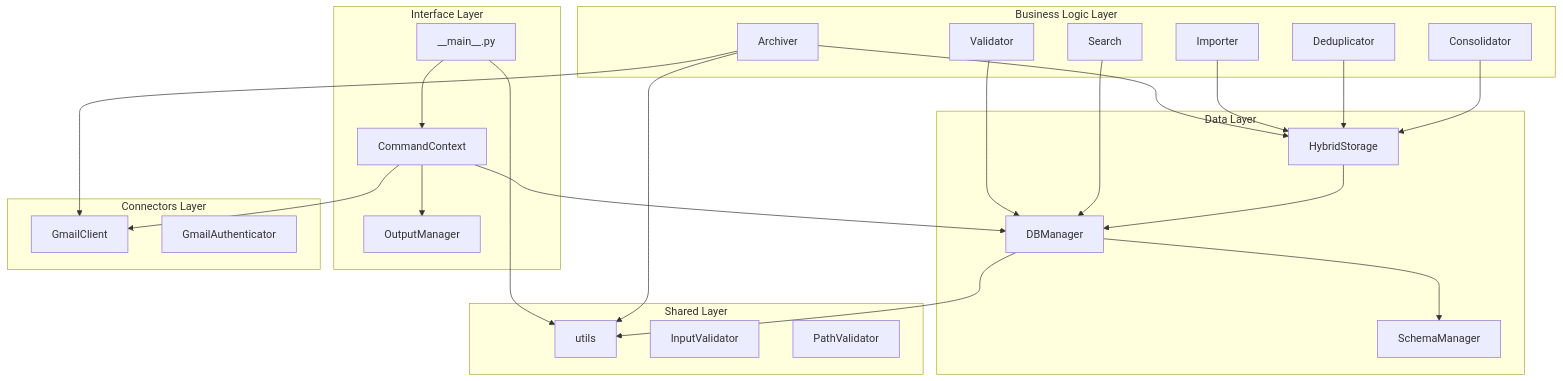
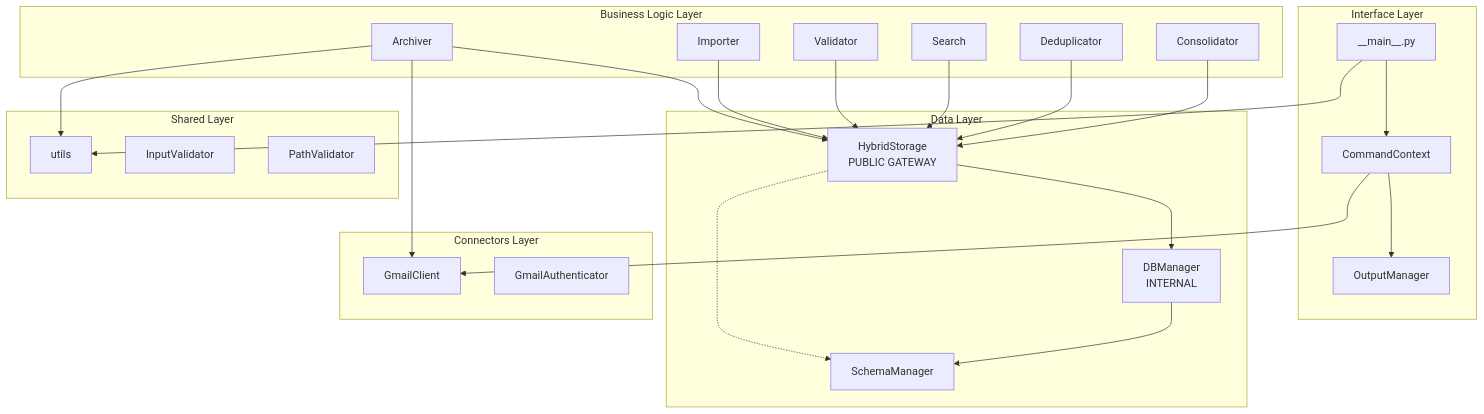
Before and after one commit to tumma72/GMailArchiver: the third of 23 diagrams in docs/ARCHITECTURE.md, drawn with Mermaid. The commit also changed other lines of this file and 53 other files, not shown here.

First line of the commit message:
refactor: Major architecture cleanup - HybridStorage as single data gateway

````diff
--- a/docs/ARCHITECTURE.md
+++ b/docs/ARCHITECTURE.md
@@ -130,55 +140,54 @@
 ```mermaid
 graph TB
     subgraph "Interface Layer"
         CLI[__main__.py]
         CTX[CommandContext]
         OUT[OutputManager]
     end
 
     subgraph "Business Logic Layer"
         ARCH[Archiver]
         IMP[Importer]
         VAL[Validator]
         SRCH[Search]
         DEDUP[Deduplicator]
         CONSOL[Consolidator]
     end
 
     subgraph "Data Layer"
-        HS[HybridStorage]
-        DBM[DBManager]
+        HS[HybridStorage<br/>PUBLIC GATEWAY]
+        DBM[DBManager<br/>INTERNAL]
         SM[SchemaManager]
     end
 
     subgraph "Connectors Layer"
         GMAIL[GmailClient]
         AUTH[GmailAuthenticator]
     end
 
     subgraph "Shared Layer"
         UTIL[utils]
         IV[InputValidator]
         PV[PathValidator]
     end
 
     CLI --> CTX
     CTX --> OUT
-    CTX --> DBM
     CTX --> GMAIL
 
     ARCH --> HS
     IMP --> HS
-    VAL --> DBM
-    SRCH --> DBM
+    VAL --> HS
+    SRCH --> HS
     DEDUP --> HS
     CONSOL --> HS
 
     HS --> DBM
+    HS -.-> SM
     DBM --> SM
 
     ARCH --> GMAIL
 
     CLI --> UTIL
     ARCH --> UTIL
-    DBM --> UTIL
 ```
````
